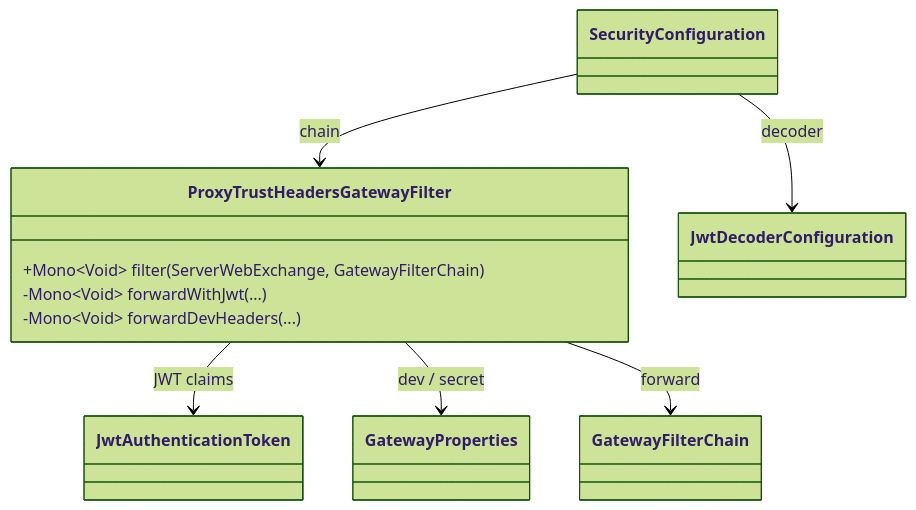
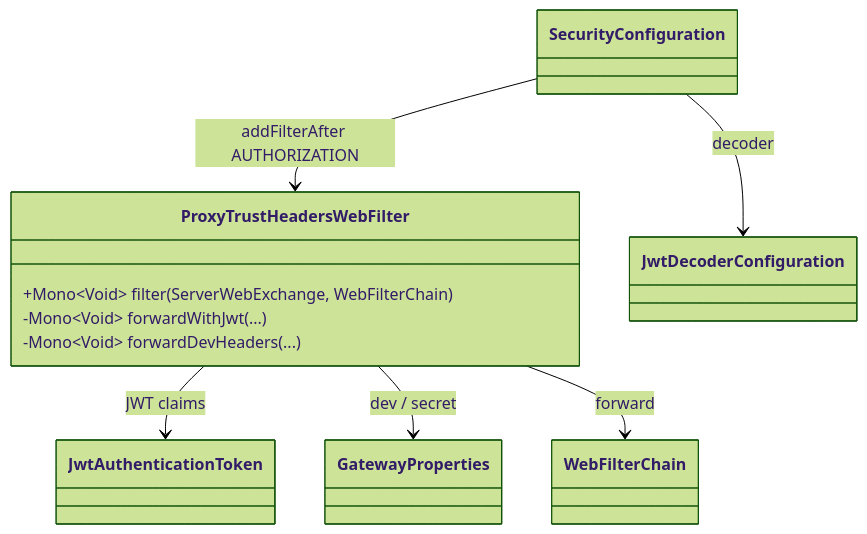
The sixth of 11 diagrams in docs/c4-architecture-diagrams.md (Zero-Bug-Freinds/ai-api-usage-monitor), drawn with Mermaid (forest theme) before and after one commit. The commit also changed other lines of this file and 12 other files, not shown here.

````diff
--- a/docs/c4-architecture-diagrams.md
+++ b/docs/c4-architecture-diagrams.md
@@ -241,22 +241,22 @@
 ```mermaid
 classDiagram
 direction TB
 
-class ProxyTrustHeadersGatewayFilter {
-  +Mono~Void~ filter(ServerWebExchange, GatewayFilterChain)
+class ProxyTrustHeadersWebFilter {
+  +Mono~Void~ filter(ServerWebExchange, WebFilterChain)
   -Mono~Void~ forwardWithJwt(...)
   -Mono~Void~ forwardDevHeaders(...)
 }
 
 class SecurityConfiguration
 class JwtDecoderConfiguration
 class GatewayProperties
 class JwtAuthenticationToken
-class GatewayFilterChain
+class WebFilterChain
 
 SecurityConfiguration --> JwtDecoderConfiguration : decoder
-SecurityConfiguration --> ProxyTrustHeadersGatewayFilter : chain
-ProxyTrustHeadersGatewayFilter --> JwtAuthenticationToken : JWT claims
-ProxyTrustHeadersGatewayFilter --> GatewayProperties : dev / secret
-ProxyTrustHeadersGatewayFilter --> GatewayFilterChain : forward
+SecurityConfiguration --> ProxyTrustHeadersWebFilter : addFilterAfter AUTHORIZATION
+ProxyTrustHeadersWebFilter --> JwtAuthenticationToken : JWT claims
+ProxyTrustHeadersWebFilter --> GatewayProperties : dev / secret
+ProxyTrustHeadersWebFilter --> WebFilterChain : forward
 ```
````
